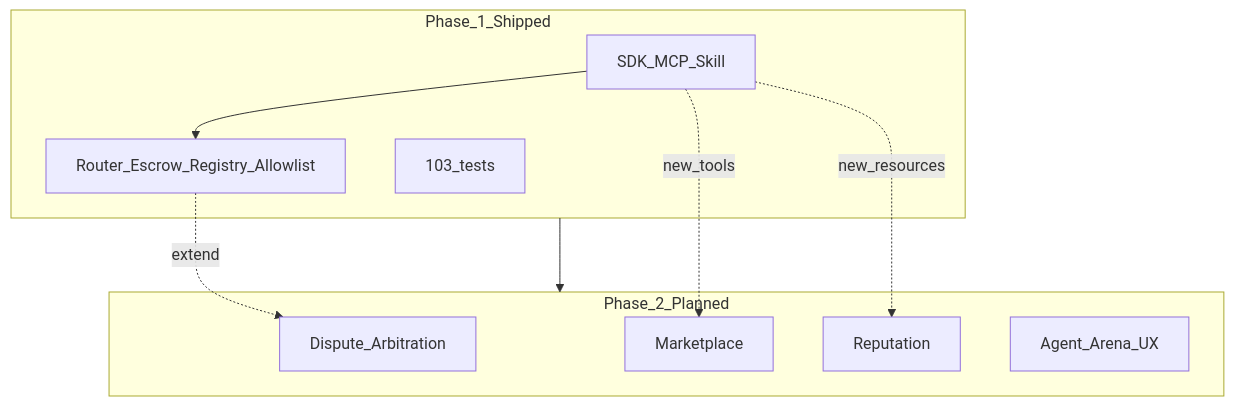
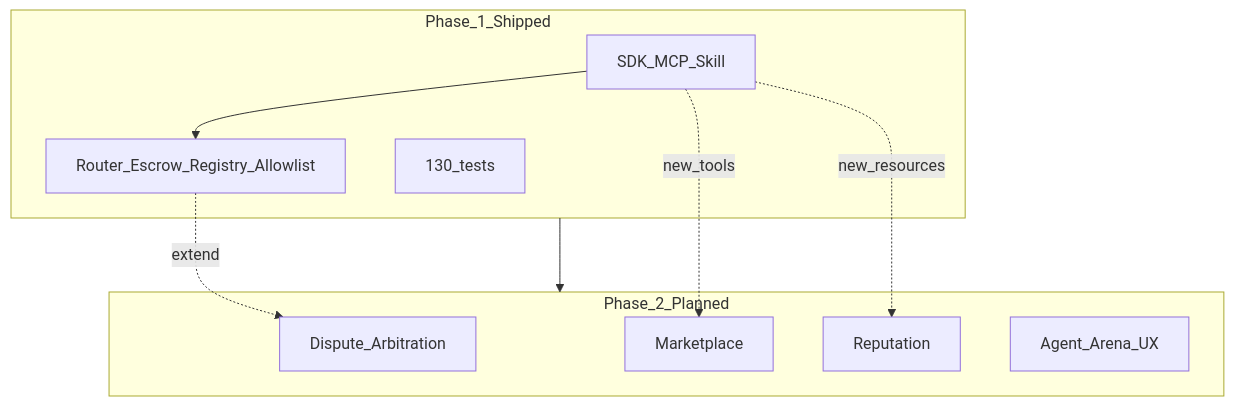
The third of 3 diagrams in docs/PHASES.md (shery8595/Pharos-Settle), drawn with Mermaid before and after one commit. The commit also changed other lines of this file and 49 other files, not shown here.

````diff
--- a/docs/PHASES.md
+++ b/docs/PHASES.md
@@ -388,19 +395,19 @@
 ```mermaid
 flowchart TB
   subgraph phase1 [Phase_1_Shipped]
     P1_SDK[SDK_MCP_Skill]
     P1_Contracts[Router_Escrow_Registry_Allowlist]
-    P1_Tests[103_tests]
+    P1_Tests[130_tests]
     P1_SDK --> P1_Contracts
   end
   subgraph phase2 [Phase_2_Planned]
     P2_Dispute[Dispute_Arbitration]
     P2_Market[Marketplace]
     P2_Rep[Reputation]
     P2_Arena[Agent_Arena_UX]
   end
   phase1 --> phase2
   P1_Contracts -.->|extend| P2_Dispute
   P1_SDK -.->|new_tools| P2_Market
   P1_SDK -.->|new_resources| P2_Rep
 ```
````
